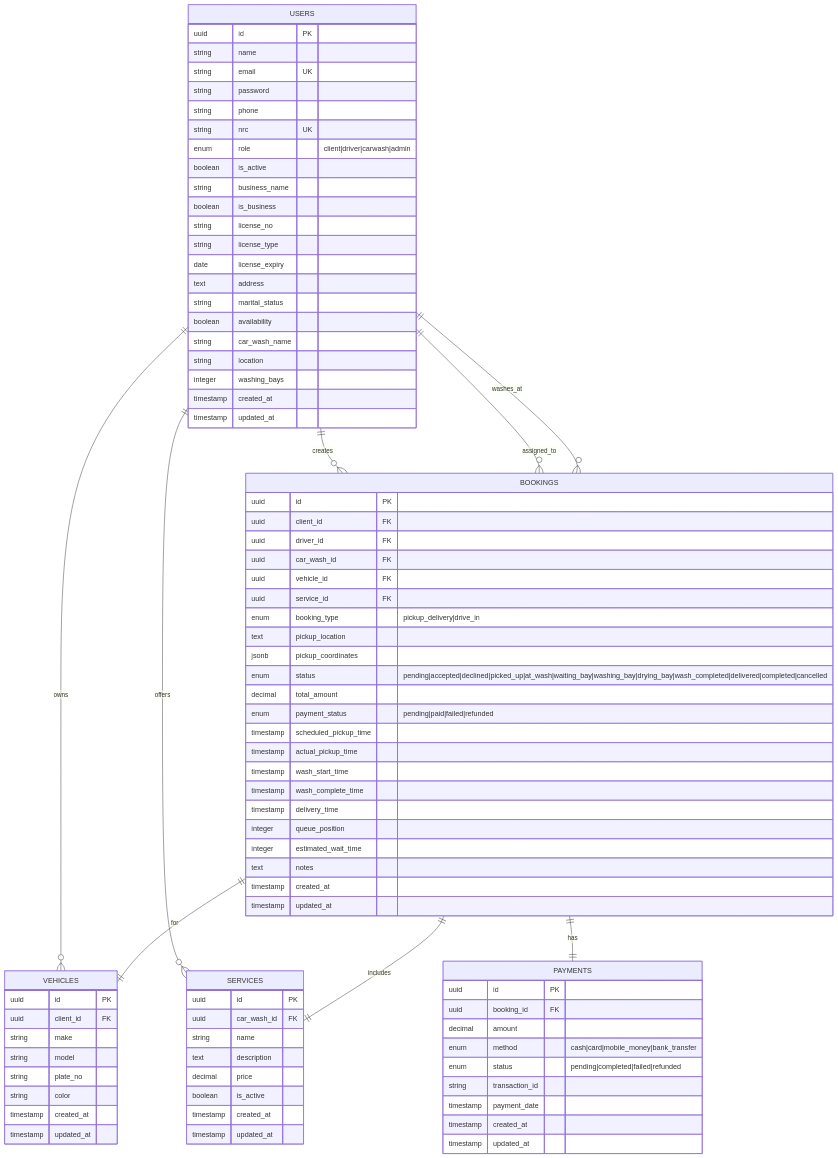
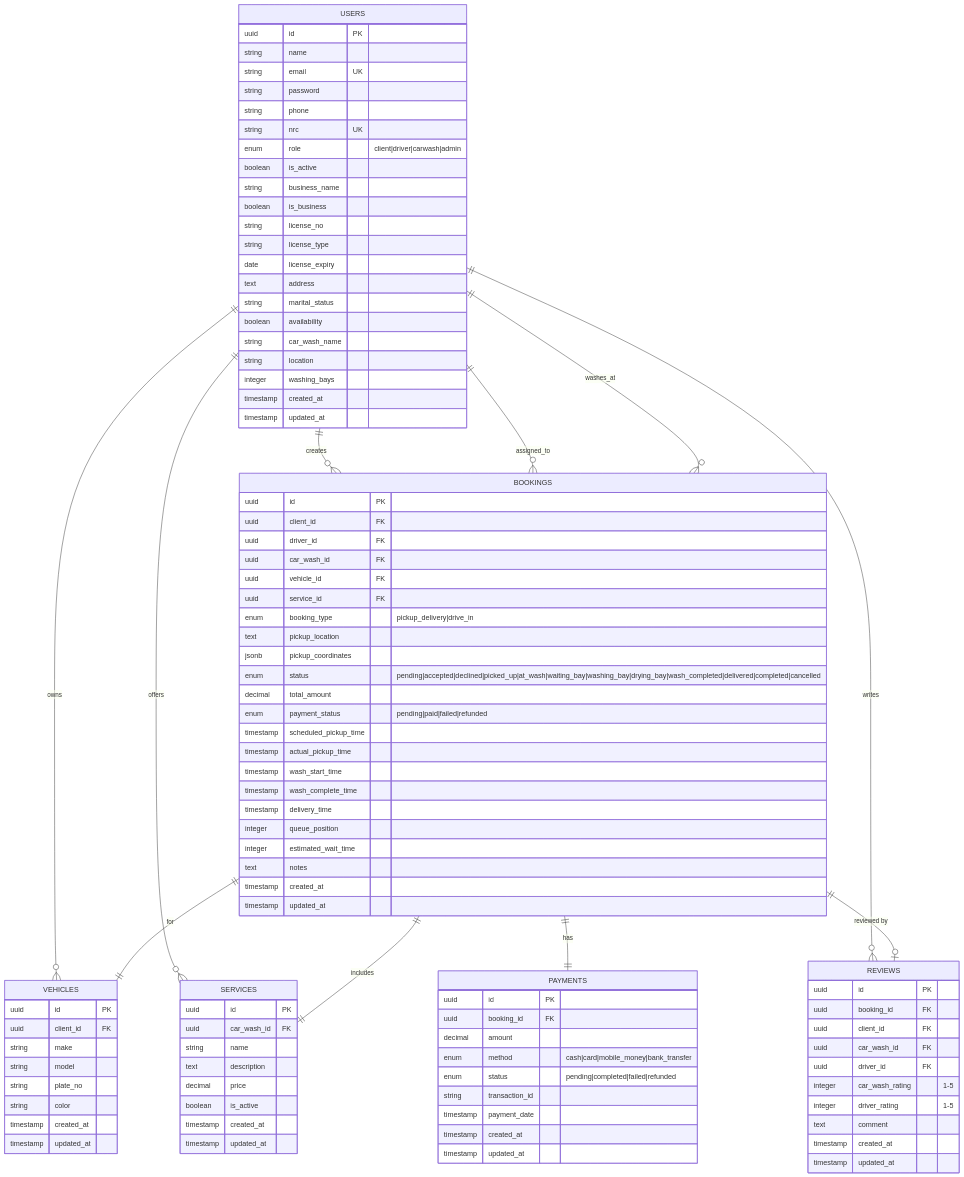
Before and after one commit to MS0C54073/Sucar1: the first of 7 diagrams in README.md, drawn with Mermaid. The commit also changed other lines of this file and 190 other files, not shown here.

````diff
--- a/README.md
+++ b/README.md
@@ -277,9 +288,11 @@
     USERS ||--o{ BOOKINGS : "assigned_to"
     USERS ||--o{ BOOKINGS : "washes_at"
     USERS ||--o{ SERVICES : "offers"
+    USERS ||--o{ REVIEWS : "writes"
     BOOKINGS ||--|| VEHICLES : "for"
     BOOKINGS ||--|| SERVICES : "includes"
     BOOKINGS ||--|| PAYMENTS : "has"
+    BOOKINGS ||--o| REVIEWS : "reviewed by"
     
     USERS {
         uuid id PK
@@ -363,4 +376,17 @@
         timestamp created_at
         timestamp updated_at
     }
+    
+    REVIEWS {
+        uuid id PK
+        uuid booking_id FK
+        uuid client_id FK
+        uuid car_wash_id FK
+        uuid driver_id FK
+        integer car_wash_rating "1-5"
+        integer driver_rating "1-5"
+        text comment
+        timestamp created_at
+        timestamp updated_at
+    }
 ```
````
